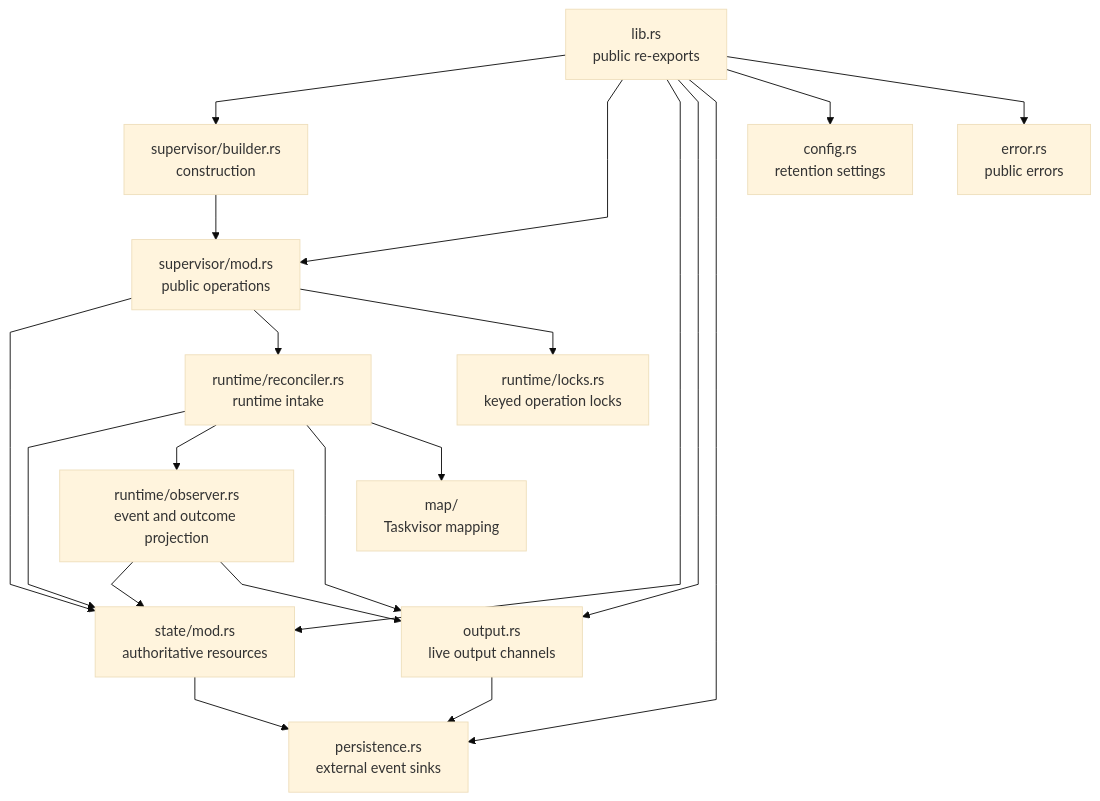
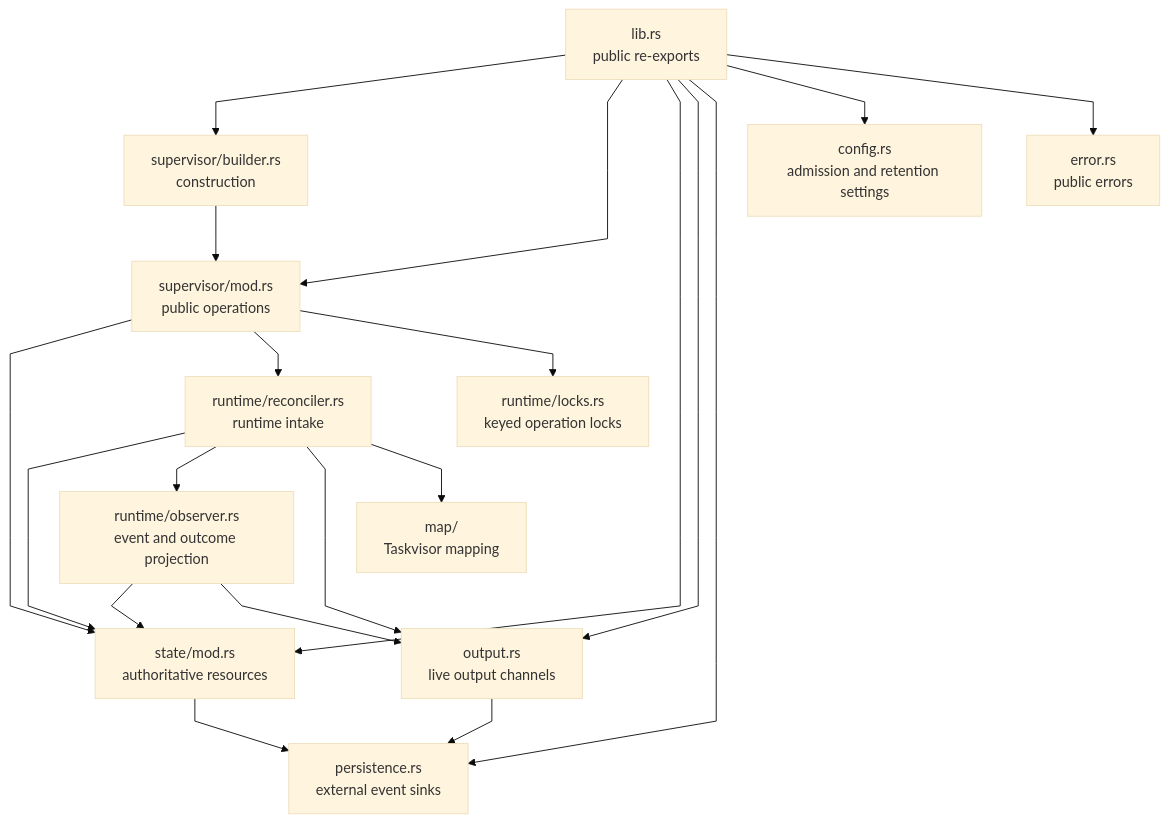
Before and after one commit to soltiHQ/sdk: the first of 8 diagrams in crates/solti-core/ARCHITECTURE.md, drawn with Mermaid (base theme). The commit also changed other lines of this file and 222 other files, not shown here.

````diff
--- a/crates/solti-core/ARCHITECTURE.md
+++ b/crates/solti-core/ARCHITECTURE.md
@@ -13,37 +13,37 @@
 ```mermaid
 %%{init: {"flowchart": {"curve": "linear"}}}%%
 flowchart TB
     Public["lib.rs<br/>public re-exports"]
     Builder["supervisor/builder.rs<br/>construction"]
     Api["supervisor/mod.rs<br/>public operations"]
     State["state/mod.rs<br/>authoritative resources"]
     Reconciler["runtime/reconciler.rs<br/>runtime intake"]
     Observer["runtime/observer.rs<br/>event and outcome projection"]
     Locks["runtime/locks.rs<br/>keyed operation locks"]
     Output["output.rs<br/>live output channels"]
     Persistence["persistence.rs<br/>external event sinks"]
     Map["map/<br/>Taskvisor mapping"]
-    Config["config.rs<br/>retention settings"]
+    Config["config.rs<br/>admission and retention settings"]
     Error["error.rs<br/>public errors"]
 
     Public --> Builder
     Public --> Api
     Public --> State
     Public --> Output
     Public --> Persistence
     Public --> Config
     Public --> Error
 
     Builder --> Api
     Api --> State
     Api --> Reconciler
     Api --> Locks
     Reconciler --> State
     Reconciler --> Observer
     Reconciler --> Output
     Reconciler --> Map
     Observer --> State
     Observer --> Output
     State --> Persistence
     Output --> Persistence
 ```
````
